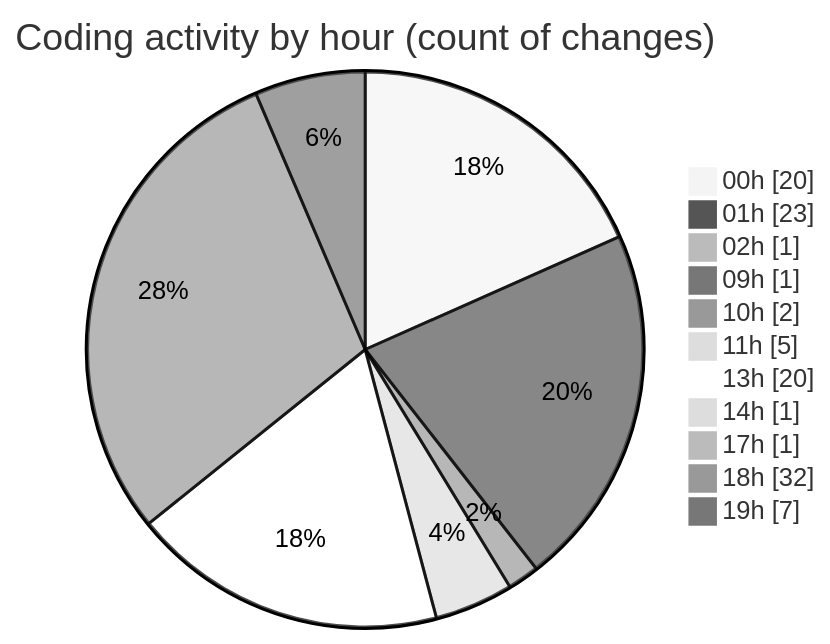
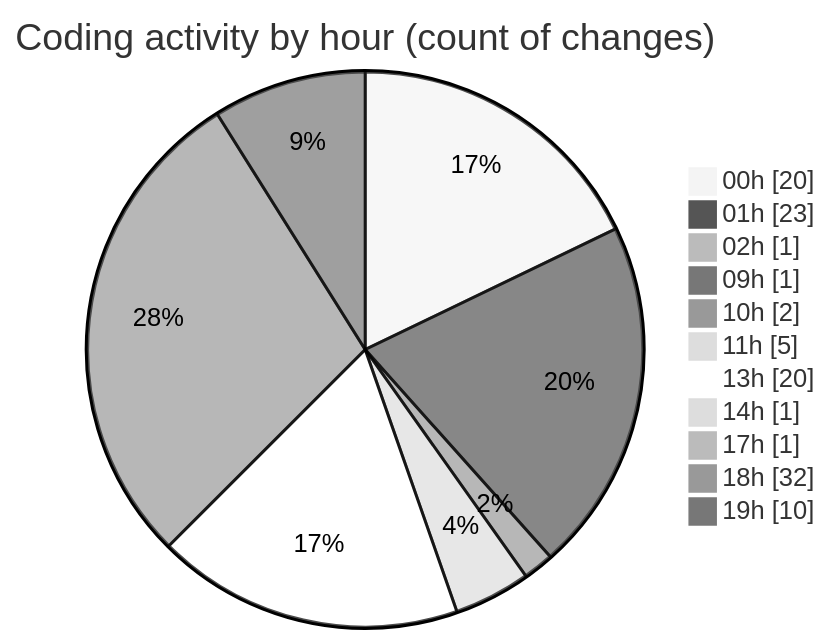
Before and after one commit to julien-gomy/code-tracking: the second of 2 diagrams in 2025-10-16/eventscop-frontend-guide__workspace_/README.md, drawn with Mermaid (neutral theme). The commit also changed other lines of this file and 1 other file, not shown here.

````diff
--- a/2025-10-16/eventscop-frontend-guide__workspace_/README.md
+++ b/2025-10-16/eventscop-frontend-guide__workspace_/README.md
@@ -61,15 +62,15 @@
 ```mermaid
 pie showData
 title Coding activity by hour (count of changes)
 "00h" : 20
 "01h" : 23
 "02h" : 1
 "09h" : 1
 "10h" : 2
 "11h" : 5
 "13h" : 20
 "14h" : 1
 "17h" : 1
 "18h" : 32
-"19h" : 7
+"19h" : 10
 ```
````
